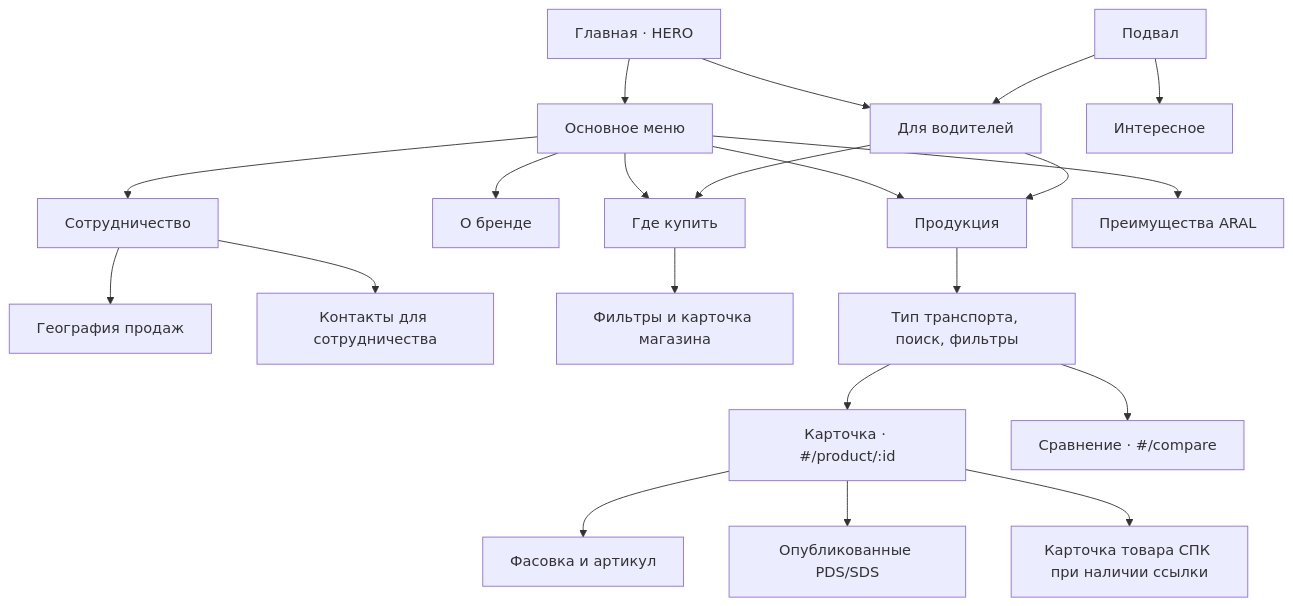
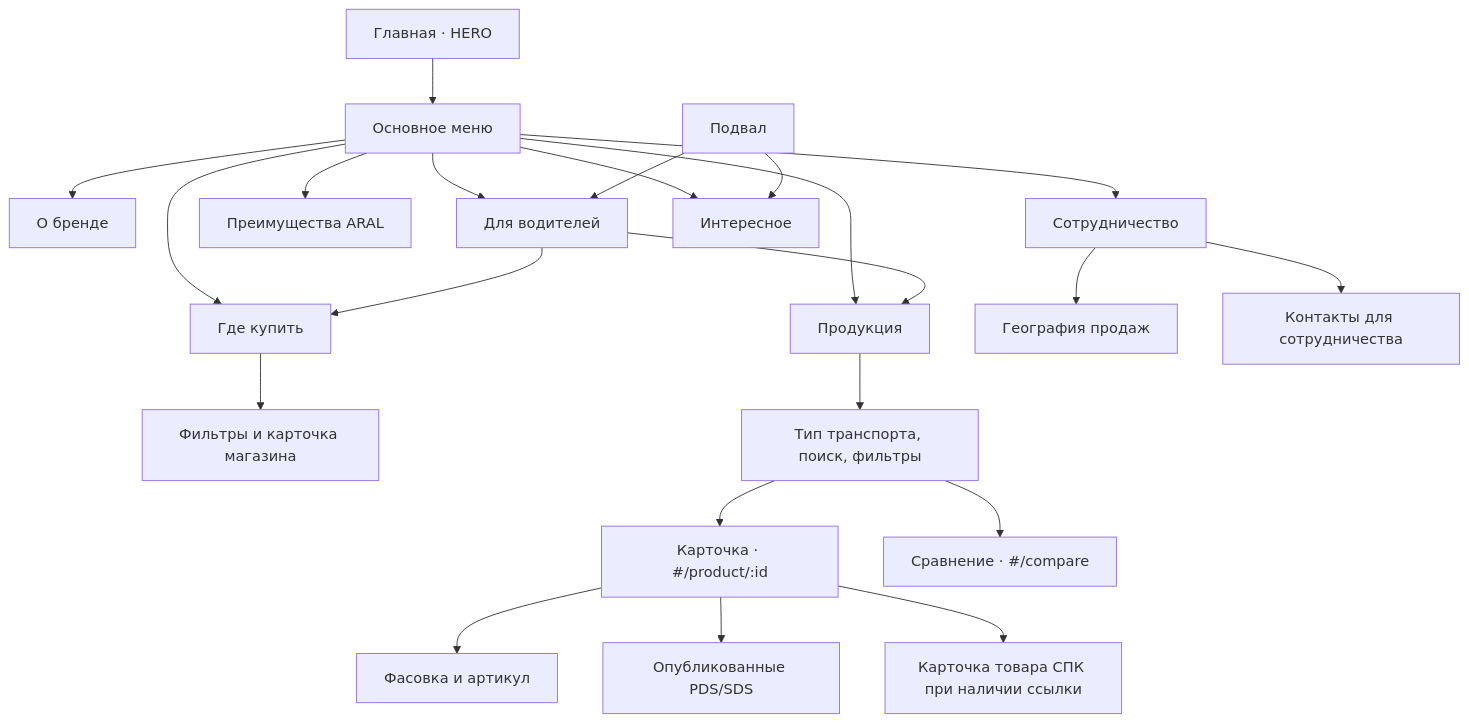
The diagram in docs/R12_SITE_MAP.md (myahlovvlad/ARAL-ver-3), drawn with Mermaid before and after one commit. The commit also changed other lines of this file and 12 other files, not shown here.

````diff
--- a/docs/R12_SITE_MAP.md
+++ b/docs/R12_SITE_MAP.md
@@ -16,23 +16,24 @@
 ```mermaid
 flowchart TD
     Home["Главная · HERO"] --> Nav["Основное меню"]
     Nav --> Catalog["Продукция"]
     Nav --> Brand["О бренде"]
     Nav --> Stores["Где купить"]
     Nav --> Partners["Сотрудничество"]
     Nav --> Benefits["Преимущества ARAL"]
-    Home --> Drivers["Для водителей"]
+    Nav --> Drivers["Для водителей"]
+    Nav --> Articles["Интересное"]
     Footer["Подвал"] --> Drivers
     Footer --> Articles["Интересное"]
     Drivers --> Catalog
     Drivers --> Stores
     Partners --> Geography["География продаж"]
     Partners --> Contact["Контакты для сотрудничества"]
     Stores --> Directory["Фильтры и карточка магазина"]
     Catalog --> Filter["Тип транспорта, поиск, фильтры"]
     Filter --> Product["Карточка · #/product/:id"]
     Filter --> Compare["Сравнение · #/compare"]
     Product --> SKU["Фасовка и артикул"]
     Product --> PDS["Опубликованные PDS/SDS"]
     Product --> Buy["Карточка товара СПК при наличии ссылки"]
 ```
````
